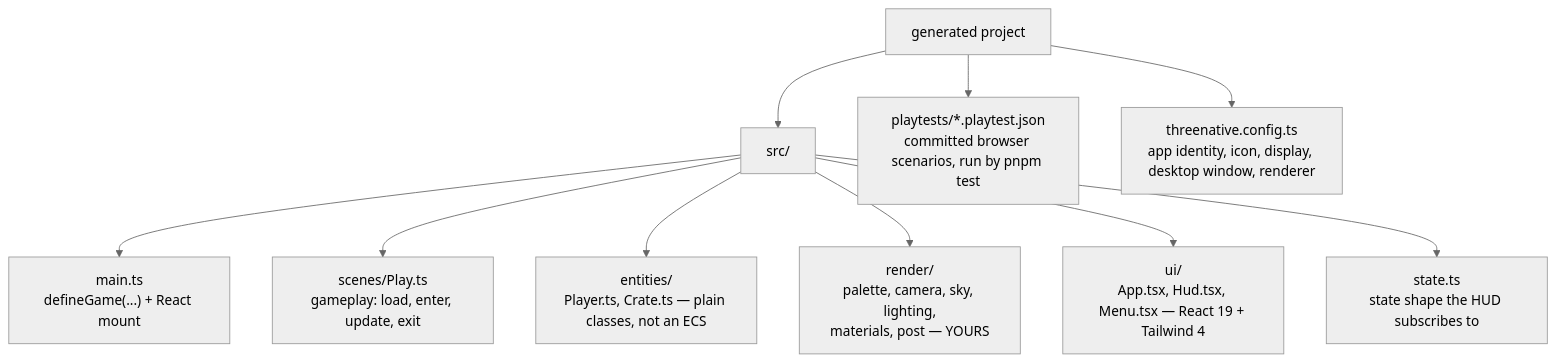
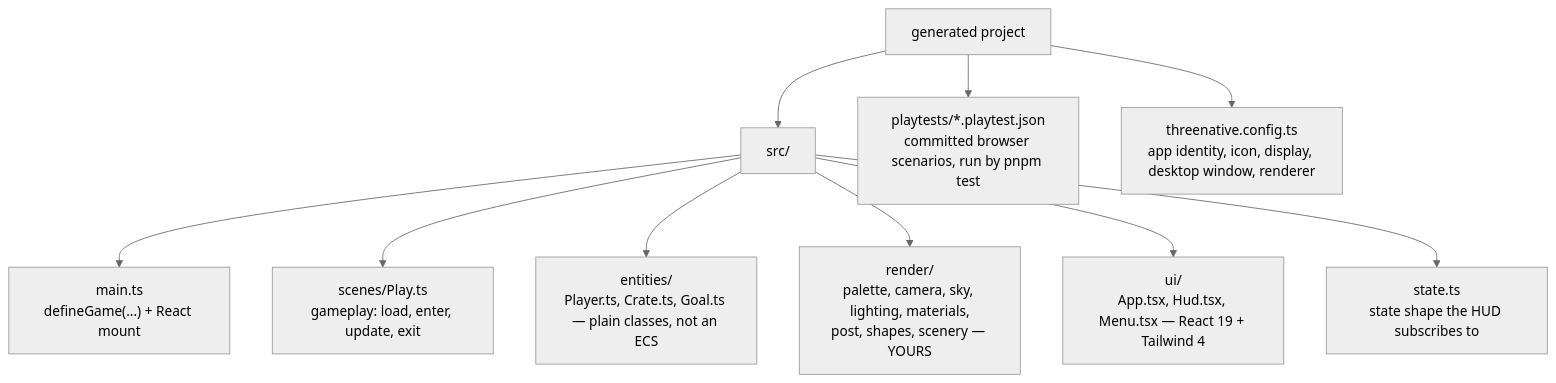
Before and after one commit to ThreeNativeHQ/threenative: the diagram in packages/create-threenative/templates/starter/AGENTS.md, drawn with Mermaid (neutral theme). The commit also changed other lines of this file and 46 other files, not shown here.

````diff
--- a/packages/create-threenative/templates/starter/AGENTS.md
+++ b/packages/create-threenative/templates/starter/AGENTS.md
@@ -153,23 +172,23 @@
 ```mermaid
 flowchart TD
     project["generated project"]
     src["src/"]
     main["main.ts<br/>defineGame(...) + React mount"]
     play["scenes/Play.ts<br/>gameplay: load, enter, update, exit"]
-    entities["entities/<br/>Player.ts, Crate.ts — plain classes, not an ECS"]
-    render["render/<br/>palette, camera, sky, lighting,<br/>materials, post — YOURS"]
+    entities["entities/<br/>Player.ts, Crate.ts, Goal.ts — plain classes, not an ECS"]
+    render["render/<br/>palette, camera, sky, lighting, materials,<br/>post, shapes, scenery — YOURS"]
     ui["ui/<br/>App.tsx, Hud.tsx, Menu.tsx — React 19 + Tailwind 4"]
     state["state.ts<br/>state shape the HUD subscribes to"]
     scenarios["playtests/*.playtest.json<br/>committed browser scenarios, run by pnpm test"]
     config["threenative.config.ts<br/>app identity, icon, display, desktop window, renderer"]
 
     project --> src
     src --> main
     src --> play
     src --> entities
     src --> render
     src --> ui
     src --> state
     project --> scenarios
     project --> config
 ```
````
